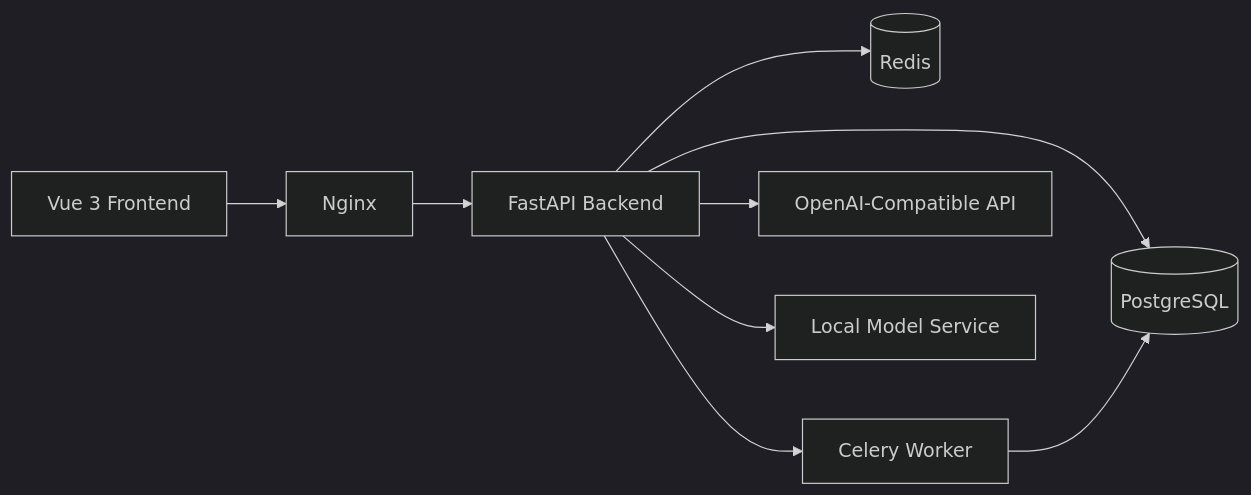
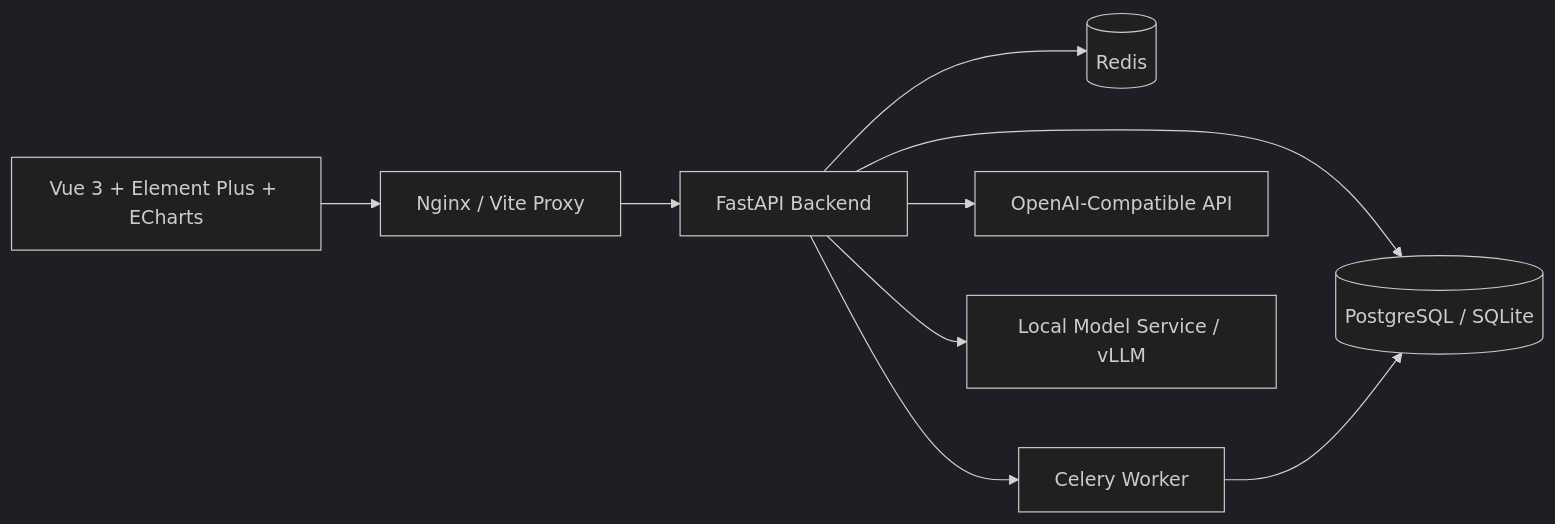
Before and after one commit to BoringZheng/Boring-Financial: the diagram in docs/architecture.md, drawn with Mermaid (dark theme). The commit also changed other lines of this file and 20 other files, not shown here.

````diff
--- a/docs/architecture.md
+++ b/docs/architecture.md
@@ -7,11 +7,11 @@
 ```mermaid
 flowchart LR
-    FE[Vue 3 Frontend] --> NG[Nginx]
-    NG --> API[FastAPI Backend]
-    API --> DB[(PostgreSQL)]
-    API --> REDIS[(Redis)]
-    API --> CELERY[Celery Worker]
+    FE["Vue 3 + Element Plus + ECharts"] --> NG["Nginx / Vite Proxy"]
+    NG --> API["FastAPI Backend"]
+    API --> DB[("PostgreSQL / SQLite")]
+    API --> REDIS[("Redis")]
+    API --> CELERY["Celery Worker"]
     CELERY --> DB
-    API --> OPENAI[OpenAI-Compatible API]
-    API --> LOCAL[Local Model Service]
+    API --> OPENAI["OpenAI-Compatible API"]
+    API --> LOCAL["Local Model Service / vLLM"]
 ```
````
